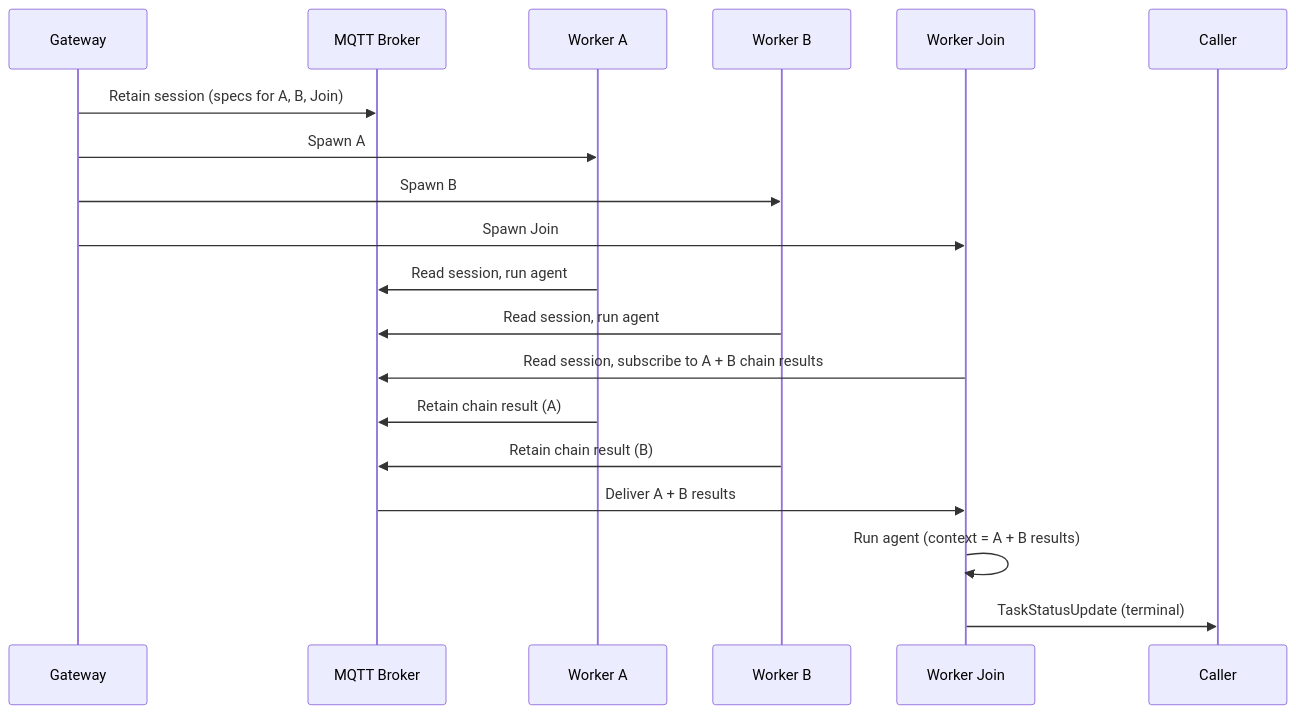
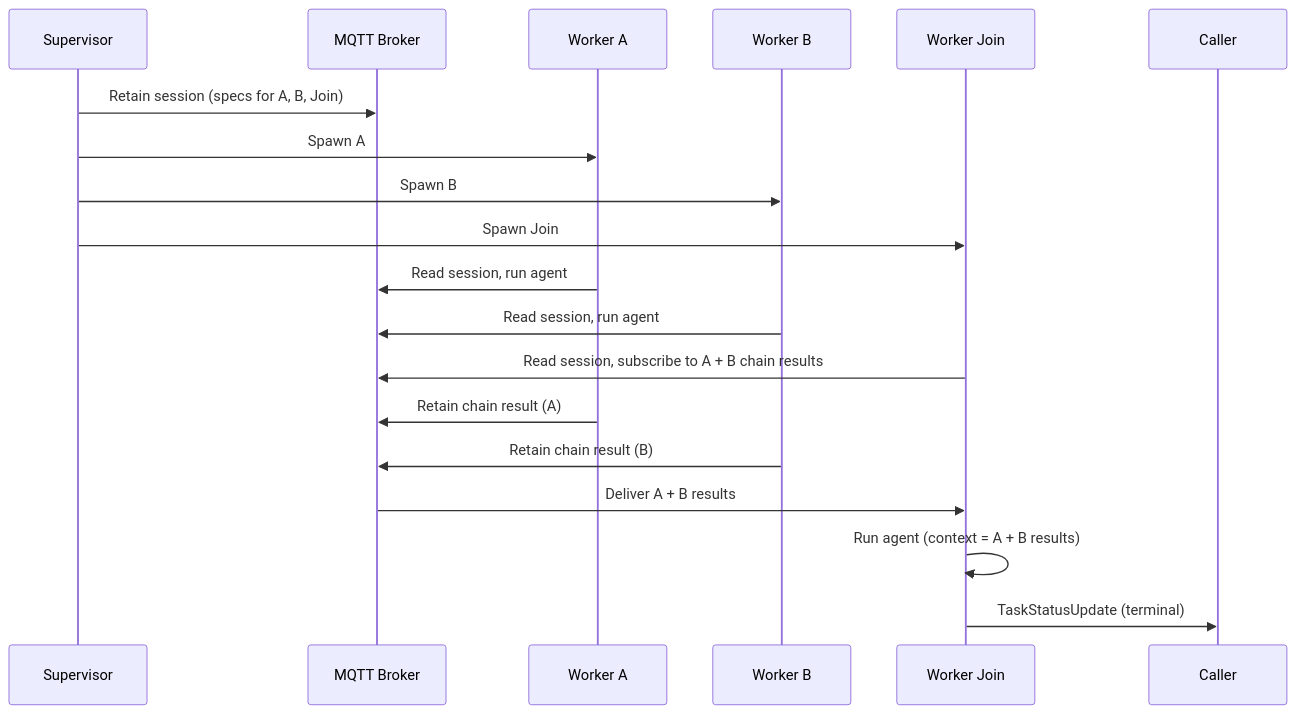
The third of 3 diagrams in docs/architecture.md (id/skitter), drawn with Mermaid before and after one commit. The commit also changed other lines of this file and 1 other file, not shown here.

Commit message:
docs: update README.md and docs/architecture.md

````diff
--- a/docs/architecture.md
+++ b/docs/architecture.md
@@ -87,21 +91,21 @@
 ```mermaid
 sequenceDiagram
-    participant G as Gateway
+    participant S as Supervisor
     participant B as MQTT Broker
     participant WA as Worker A
     participant WB as Worker B
     participant WJ as Worker Join
 
-    G->>B: Retain session (specs for A, B, Join)
-    G->>WA: Spawn A
-    G->>WB: Spawn B
-    G->>WJ: Spawn Join
+    S->>B: Retain session (specs for A, B, Join)
+    S->>WA: Spawn A
+    S->>WB: Spawn B
+    S->>WJ: Spawn Join
     WA->>B: Read session, run agent
     WB->>B: Read session, run agent
     WJ->>B: Read session, subscribe to A + B chain results
     WA->>B: Retain chain result (A)
     WB->>B: Retain chain result (B)
     B->>WJ: Deliver A + B results
     WJ->>WJ: Run agent (context = A + B results)
     WJ->>Caller: TaskStatusUpdate (terminal)
 ```
````
